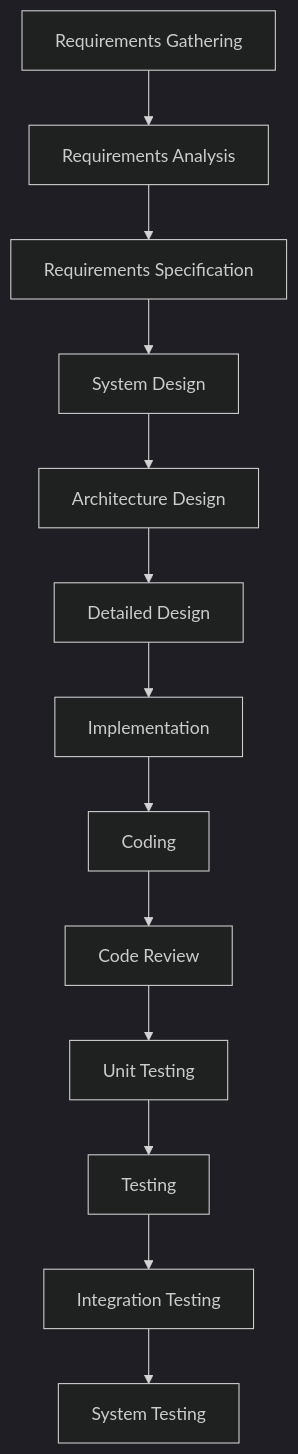
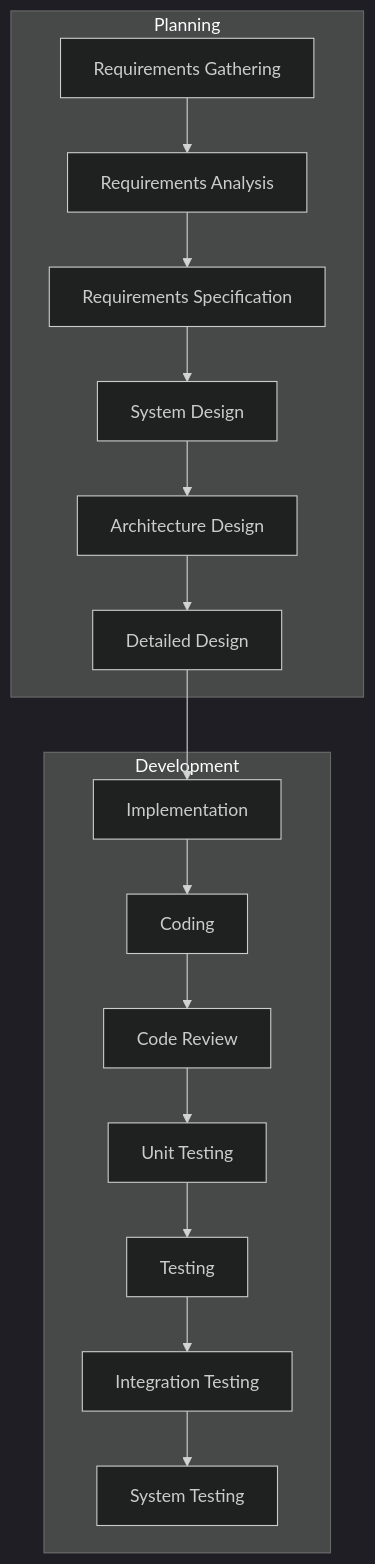
One commit to isauravmanitripathi/Animate-Mermaid-Chart changed diagram 13 of 54 in temp-charts/flowchart_sequence/README.md. Above: the diagram before and after it, drawn with Mermaid (dark theme). The commit also changed other lines of this file and 58 other files, not shown here.

Commit message:
added proper working diagrams

````diff
--- a/temp-charts/flowchart_sequence/README.md
+++ b/temp-charts/flowchart_sequence/README.md
@@ -145,15 +273,34 @@
 ```mermaid
 flowchart TD
-A[Requirements Gathering] --> A1[Requirements Analysis]
-A1 --> A2[Requirements Specification]
-A2 --> B[System Design]
-B --> B1[Architecture Design]
-B1 --> B2[Detailed Design]
-B2 --> C[Implementation]
-C --> C1[Coding]
-C1 --> C2[Code Review]
-C2 --> C3[Unit Testing]
-C3 --> D[Testing]
-D --> D1[Integration Testing]
-D1 --> D2[System Testing]
+    A[Requirements Gathering] --> A1[Requirements Analysis]
+    A1 --> A2[Requirements Specification]
+    A2 --> B[System Design]
+    B --> B1[Architecture Design]
+    B1 --> B2[Detailed Design]
+    B2 --> C[Implementation]
+    C --> C1[Coding]
+    C1 --> C2[Code Review]
+    C2 --> C3[Unit Testing]
+    C3 --> D[Testing]
+    D --> D1[Integration Testing]
+    D1 --> D2[System Testing]
+
+subgraph Planning
+A
+A1
+A2
+B
+B1
+B2
+end
+
+subgraph Development
+C
+C1
+C2
+C3
+D
+D1
+D2
+end
 ```
````
